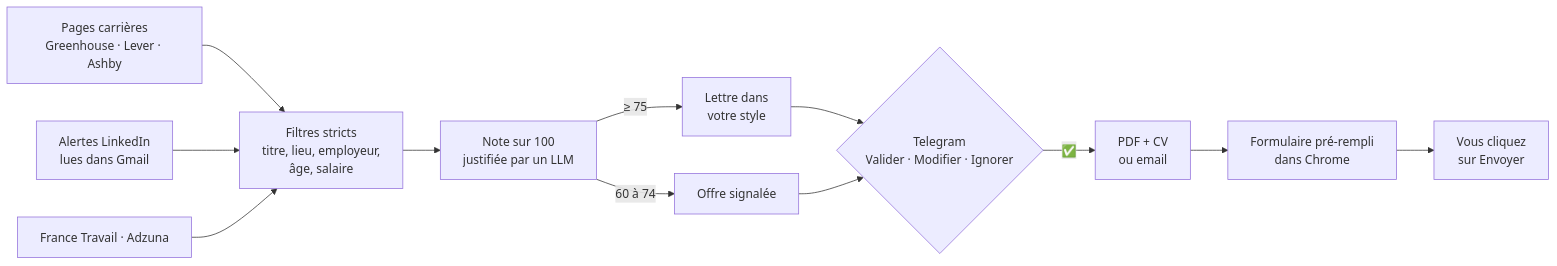
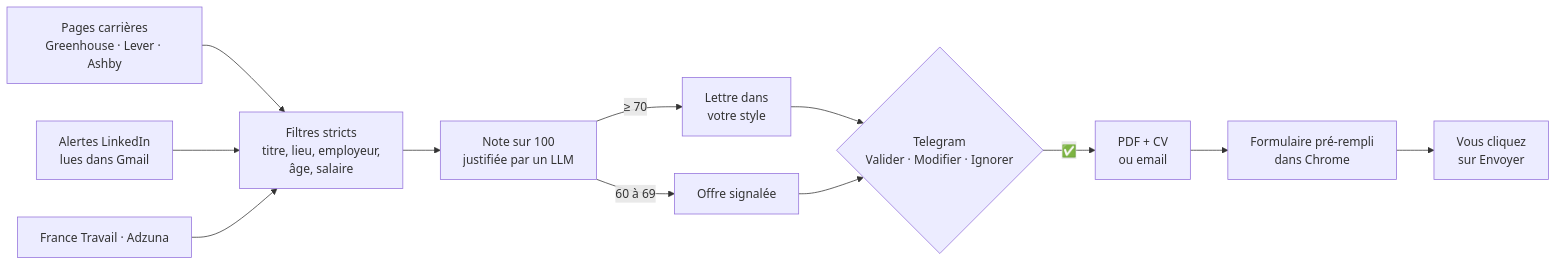
The diagram in README.md (STECB10/job-search-agent), drawn with Mermaid before and after one commit. The commit also changed 2 other files, not shown here.

Commit message:
Seuil des lettres à 70, offres signalées avec notification

````diff
--- a/README.md
+++ b/README.md
@@ -16,14 +16,14 @@
 ```mermaid
 flowchart LR
     A[Pages carrières<br/>Greenhouse · Lever · Ashby] --> D
     B[Alertes LinkedIn<br/>lues dans Gmail] --> D
     C[France Travail · Adzuna] --> D
     D[Filtres stricts<br/>titre, lieu, employeur,<br/>âge, salaire] --> E[Note sur 100<br/>justifiée par un LLM]
-    E -->|≥ 75| F[Lettre dans<br/>votre style]
-    E -->|60 à 74| G[Offre signalée]
+    E -->|≥ 70| F[Lettre dans<br/>votre style]
+    E -->|60 à 69| G[Offre signalée]
     F --> H{Telegram<br/>Valider · Modifier · Ignorer}
     G --> H
     H -->|✅| I[PDF + CV<br/>ou email]
     I --> J[Formulaire pré-rempli<br/>dans Chrome]
     J --> K[Vous cliquez<br/>sur Envoyer]
 ```
````
